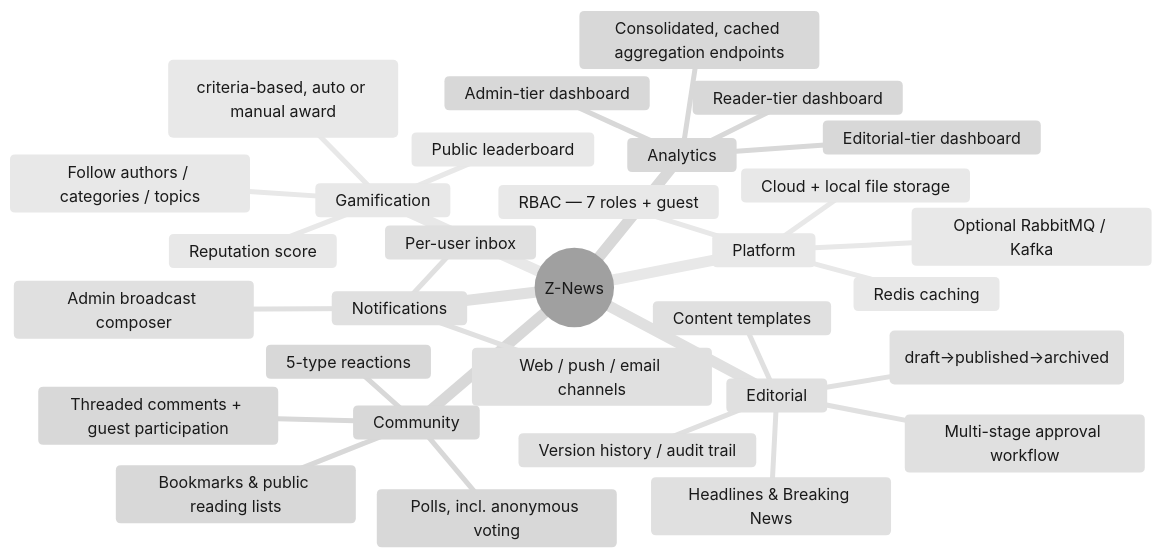
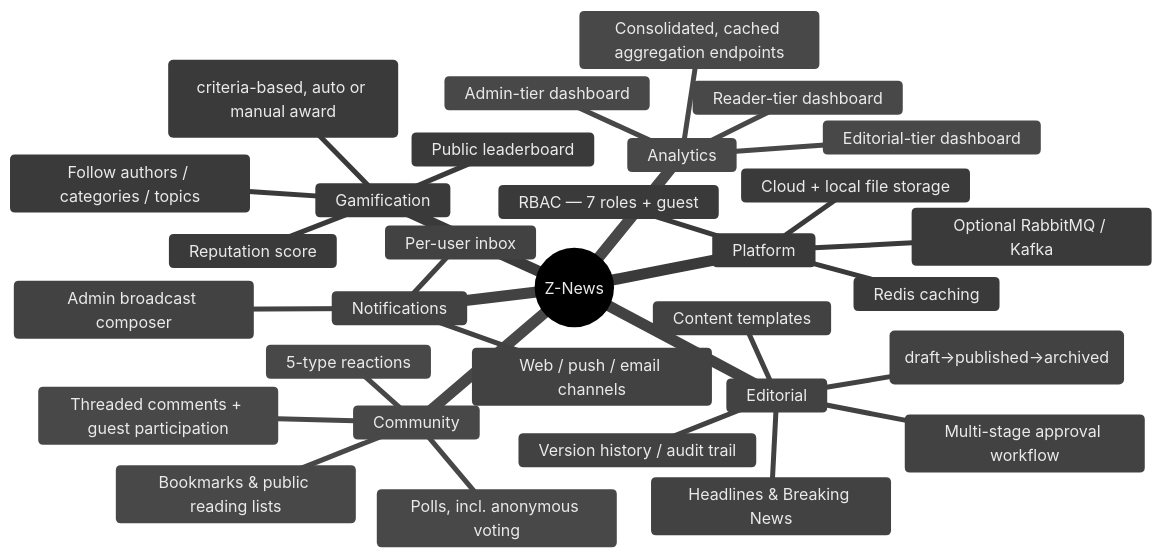
The second of 3 diagrams in README.md (foysalahmedmin/z-news), drawn with Mermaid before and after one commit.

Commit message:
docs: match the capabilities mindmap's colors to the other diagrams
Was styled with light-gray fills + dark text, which stood out as an
out-of-place light card against the dark page while every other
diagram (unstyled, letting GitHub's automatic dark theme apply) shows
dark fills + light text and blends in naturally. Switches the
mindmap's palette to match: dark gray fills, light text, same visual
language as the System Architecture diagram.

````diff
--- a/README.md
+++ b/README.md
@@ -95,35 +95,35 @@
 ```mermaid
-%%{init: {'theme': 'base', 'themeVariables': {'primaryColor': '#e0e0e0', 'primaryBorderColor': '#b0b0b0', 'primaryTextColor': '#1a1a1a', 'lineColor': '#999999', 'secondaryColor': '#e8e8e8', 'tertiaryColor': '#d8d8d8', 'cScale0': '#e8e8e8', 'cScale1': '#e0e0e0', 'cScale2': '#d8d8d8', 'cScale3': '#e8e8e8', 'cScale4': '#e0e0e0', 'cScale5': '#d8d8d8', 'cScale6': '#e8e8e8', 'cScale7': '#e0e0e0', 'cScale8': '#d8d8d8', 'cScale9': '#e8e8e8', 'cScale10': '#e0e0e0', 'cScale11': '#d8d8d8', 'cScaleLabel0': '#1a1a1a', 'cScaleLabel1': '#1a1a1a', 'cScaleLabel2': '#1a1a1a', 'cScaleLabel3': '#1a1a1a', 'cScaleLabel4': '#1a1a1a', 'cScaleLabel5': '#1a1a1a', 'cScaleLabel6': '#1a1a1a', 'cScaleLabel7': '#1a1a1a', 'cScaleLabel8': '#1a1a1a', 'cScaleLabel9': '#1a1a1a', 'cScaleLabel10': '#1a1a1a', 'cScaleLabel11': '#1a1a1a'}}}%%
+%%{init: {'theme': 'base', 'themeVariables': {'primaryColor': '#3a3a3a', 'primaryBorderColor': '#6a6a6a', 'primaryTextColor': '#eaeaea', 'lineColor': '#8a8a8a', 'secondaryColor': '#333333', 'tertiaryColor': '#2a2a2a', 'cScale0': '#3a3a3a', 'cScale1': '#424242', 'cScale2': '#484848', 'cScale3': '#3a3a3a', 'cScale4': '#424242', 'cScale5': '#484848', 'cScale6': '#3a3a3a', 'cScale7': '#424242', 'cScale8': '#484848', 'cScale9': '#3a3a3a', 'cScale10': '#424242', 'cScale11': '#484848', 'cScaleLabel0': '#eaeaea', 'cScaleLabel1': '#eaeaea', 'cScaleLabel2': '#eaeaea', 'cScaleLabel3': '#eaeaea', 'cScaleLabel4': '#eaeaea', 'cScaleLabel5': '#eaeaea', 'cScaleLabel6': '#eaeaea', 'cScaleLabel7': '#eaeaea', 'cScaleLabel8': '#eaeaea', 'cScaleLabel9': '#eaeaea', 'cScaleLabel10': '#eaeaea', 'cScaleLabel11': '#eaeaea'}}}%%
 mindmap
   root((Z-News))
     Editorial
       Article lifecycle (draft→published→archived)
       Multi-stage approval workflow
       Version history / audit trail
       Headlines & Breaking News
       Content templates
     Community
       Threaded comments + guest participation
       5-type reactions
       Polls, incl. anonymous voting
       Bookmarks & public reading lists
     Gamification
       Badges (criteria-based, auto or manual award)
       Reputation score
       Public leaderboard
       Follow authors / categories / topics
     Notifications
       Per-user inbox
       Admin broadcast composer
       Web / push / email channels
     Analytics
       Admin-tier dashboard
       Editorial-tier dashboard
       Reader-tier dashboard
       Consolidated, cached aggregation endpoints
     Platform
       RBAC — 7 roles + guest
       Redis caching
       Cloud + local file storage
       Optional RabbitMQ / Kafka
 ```
````
